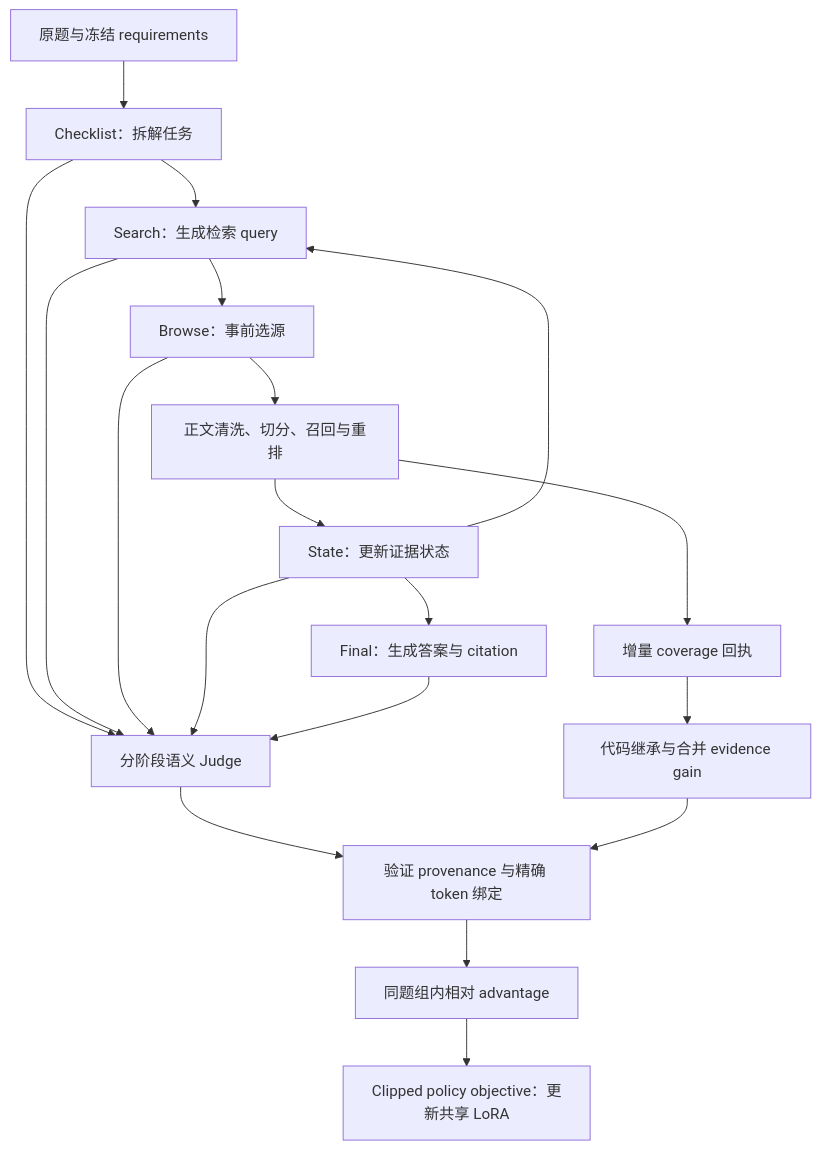
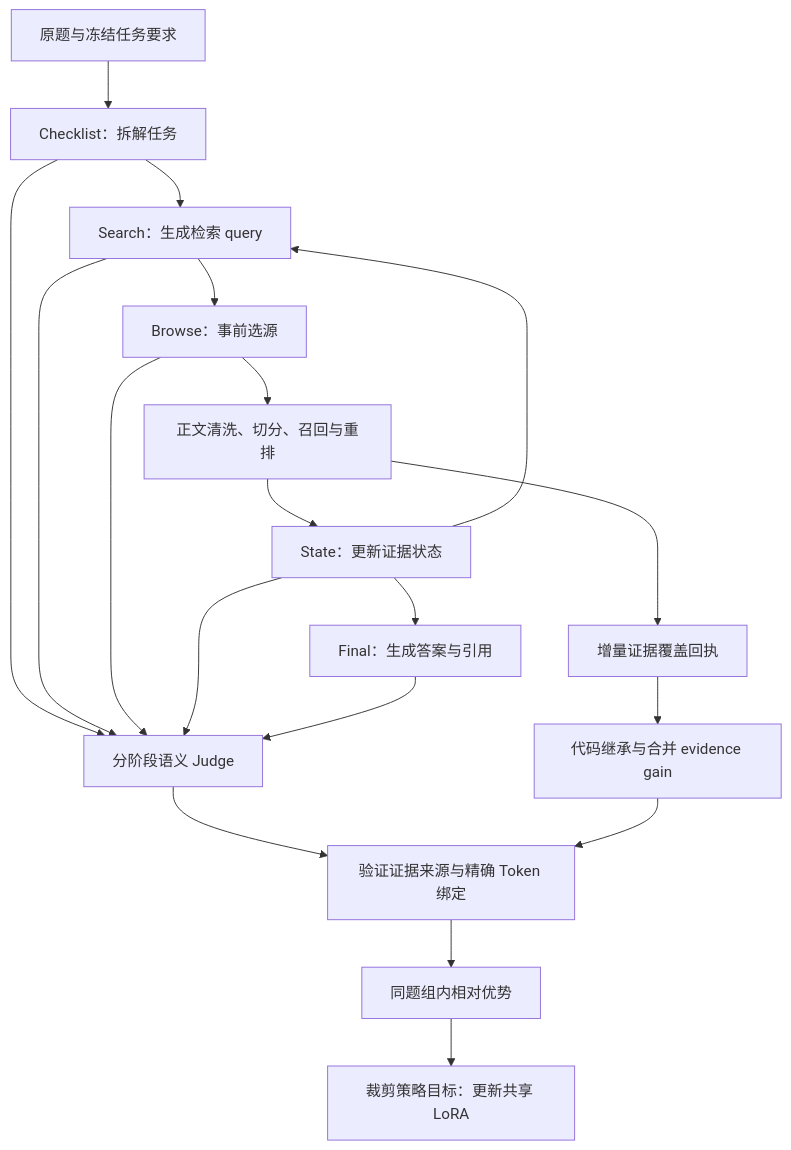
The diagram in README.md (MaSunKing/local-dense-grpo-agent), drawn with Mermaid before and after one commit. The commit also changed other lines of this file, not shown here.

````diff
--- a/README.md
+++ b/README.md
@@ -9,16 +23,16 @@
 ```mermaid
 flowchart TD
-    Q[原题与冻结 requirements] --> C[Checklist：拆解任务]
+    Q[原题与冻结任务要求] --> C[Checklist：拆解任务]
     C --> S[Search：生成检索 query]
     S --> B[Browse：事前选源]
     B --> R[正文清洗、切分、召回与重排]
     R --> ST[State：更新证据状态]
     ST --> S
-    ST --> F[Final：生成答案与 citation]
+    ST --> F[Final：生成答案与引用]
     C & S & B & ST & F --> J[分阶段语义 Judge]
-    R --> G[增量 coverage 回执]
+    R --> G[增量证据覆盖回执]
     G --> M[代码继承与合并 evidence gain]
-    J & M --> V[验证 provenance 与精确 token 绑定]
-    V --> A[同题组内相对 advantage]
-    A --> L[Clipped policy objective：更新共享 LoRA]
+    J & M --> V[验证证据来源与精确 Token 绑定]
+    V --> A[同题组内相对优势]
+    A --> L[裁剪策略目标：更新共享 LoRA]
 ```
````
